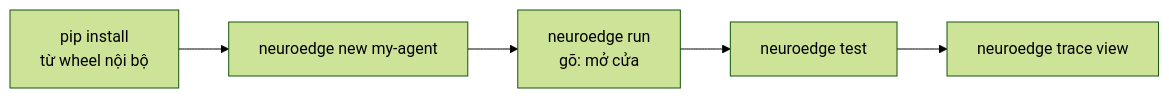
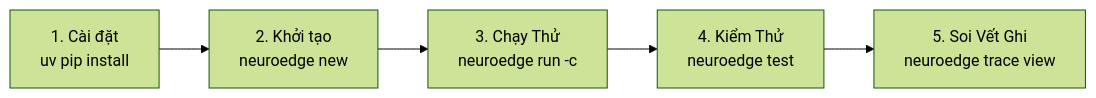
One commit to letrongminh/neuroedge-init changed the first of 2 diagrams in docs/architecture/vi/12-dev-quickstart.md. Above: the diagram before and after it, drawn with Mermaid (forest theme). The commit also changed other lines of this file and 35 other files, not shown here.

First line of the commit message:
docs(architecture): comprehensive upgrade of architecture suite, Mermaid diagrams and vector posters

````diff
--- a/docs/architecture/vi/12-dev-quickstart.md
+++ b/docs/architecture/vi/12-dev-quickstart.md
@@ -6,7 +11,7 @@
 ```mermaid
 flowchart LR
-    I[pip install<br/>từ wheel nội bộ] --> N[neuroedge new my-agent]
-    N --> R[neuroedge run<br/>gõ: mở cửa]
-    R --> T[neuroedge test]
-    T --> V[neuroedge trace view]
+    S1["1. Cài đặt<br/>uv pip install"] --> S2["2. Khởi tạo<br/>neuroedge new"]
+    S2 --> S3["3. Chạy Thử<br/>neuroedge run -c"]
+    S3 --> S4["4. Kiểm Thử<br/>neuroedge test"]
+    S4 --> S5["5. Soi Vết Ghi<br/>neuroedge trace view"]
 ```
````
